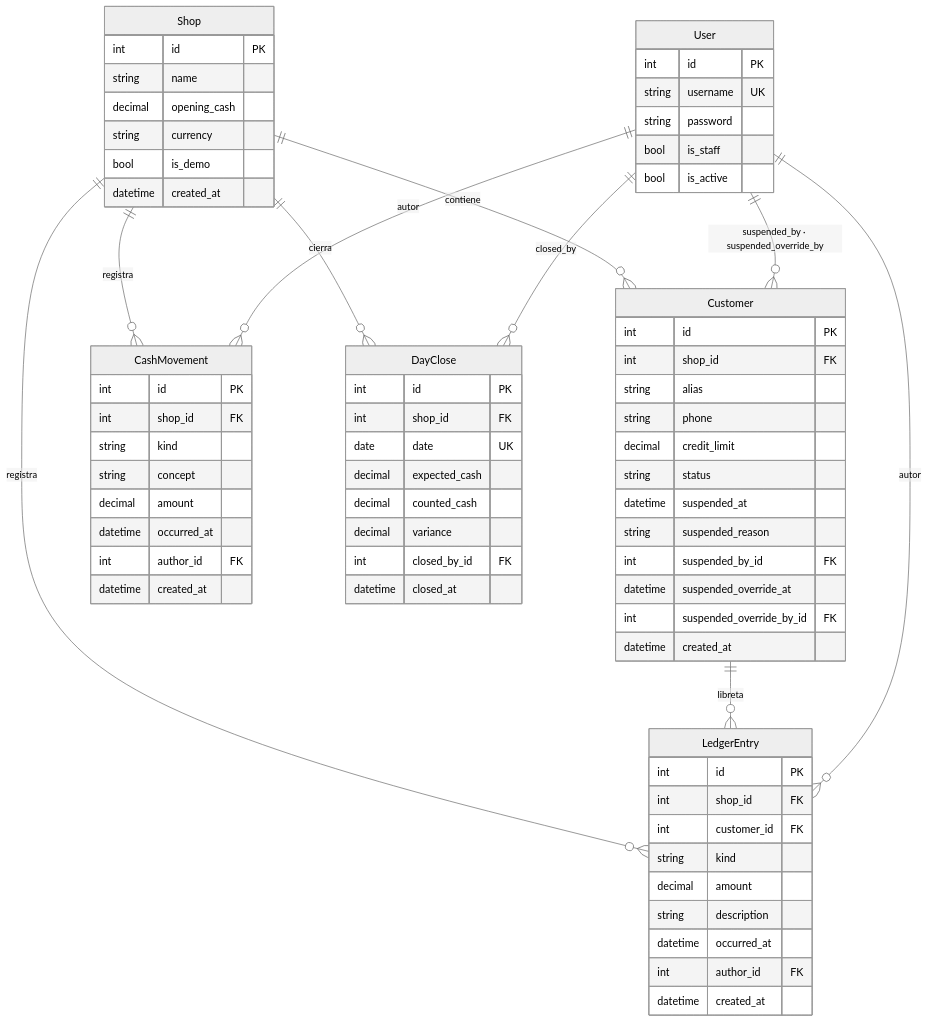
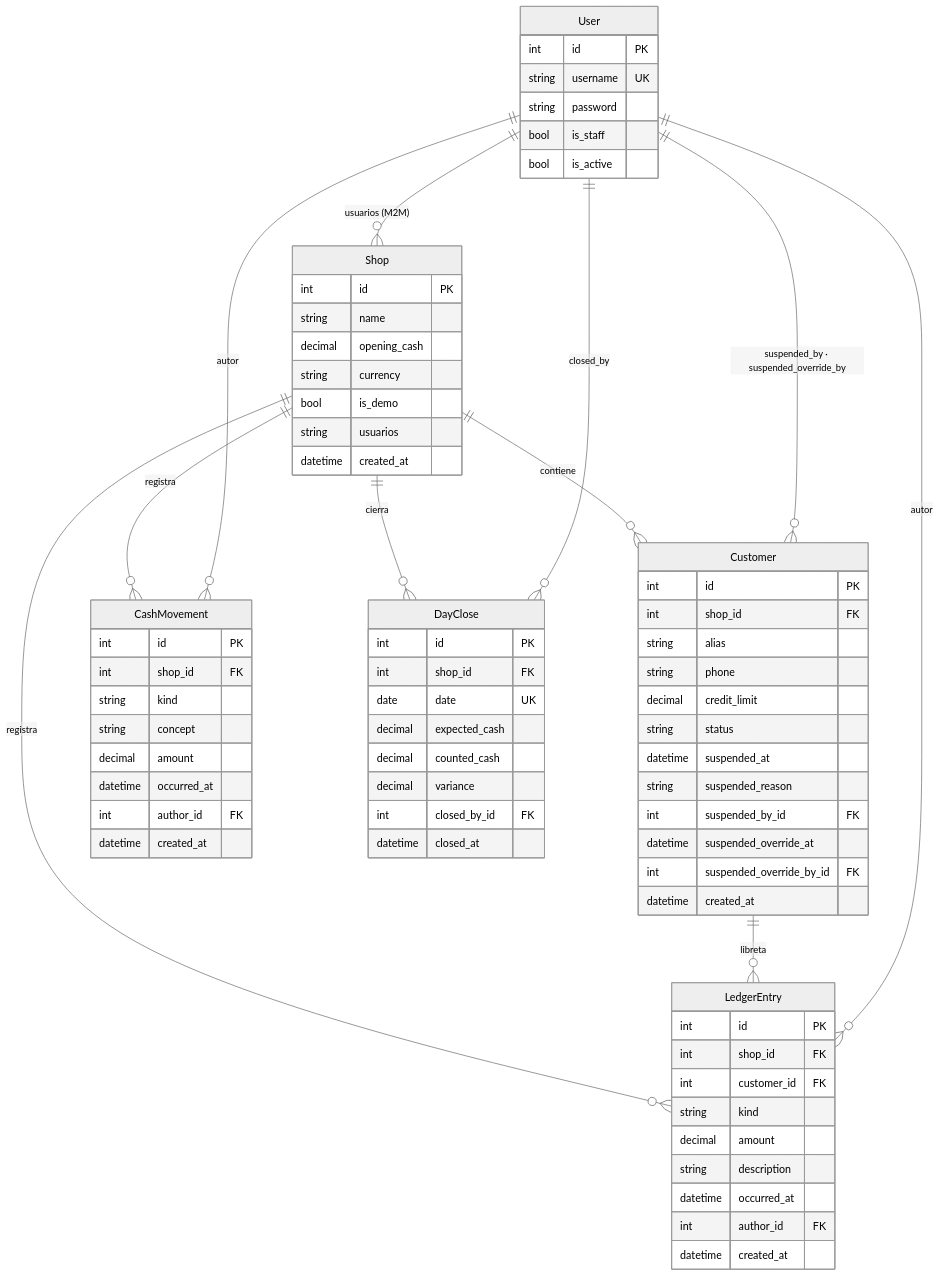
Before and after one commit to fabianRivero/conquer-final-project: the second of 5 diagrams in openspec/changes/tienda-barrio/design.md, drawn with Mermaid (neutral theme). The commit also changed other lines of this file and 4 other files, not shown here.

````diff
--- a/openspec/changes/tienda-barrio/design.md
+++ b/openspec/changes/tienda-barrio/design.md
@@ -336,73 +347,75 @@
 ```mermaid
 erDiagram
     User {
         int id PK
         string username UK
         string password
         bool is_staff
         bool is_active
     }
     Shop {
         int id PK
         string name
         decimal opening_cash
         string currency
         bool is_demo
+        string usuarios
         datetime created_at
     }
     Customer {
         int id PK
         int shop_id FK
         string alias
         string phone
         decimal credit_limit
         string status
         datetime suspended_at
         string suspended_reason
         int suspended_by_id FK
         datetime suspended_override_at
         int suspended_override_by_id FK
         datetime created_at
     }
     LedgerEntry {
         int id PK
         int shop_id FK
         int customer_id FK
         string kind
         decimal amount
         string description
         datetime occurred_at
         int author_id FK
         datetime created_at
     }
     CashMovement {
         int id PK
         int shop_id FK
         string kind
         string concept
         decimal amount
         datetime occurred_at
         int author_id FK
         datetime created_at
     }
     DayClose {
         int id PK
         int shop_id FK
         date date UK
         decimal expected_cash
         decimal counted_cash
         decimal variance
         int closed_by_id FK
         datetime closed_at
     }
 
+    User ||--o{ Shop : "usuarios (M2M)"
     Shop ||--o{ Customer : "contiene"
     Shop ||--o{ LedgerEntry : "registra"
     Shop ||--o{ CashMovement : "registra"
     Shop ||--o{ DayClose : "cierra"
     Customer ||--o{ LedgerEntry : "libreta"
     User ||--o{ LedgerEntry : "autor"
     User ||--o{ CashMovement : "autor"
     User ||--o{ DayClose : "closed_by"
     User ||--o{ Customer : "suspended_by · suspended_override_by"
 ```
````
